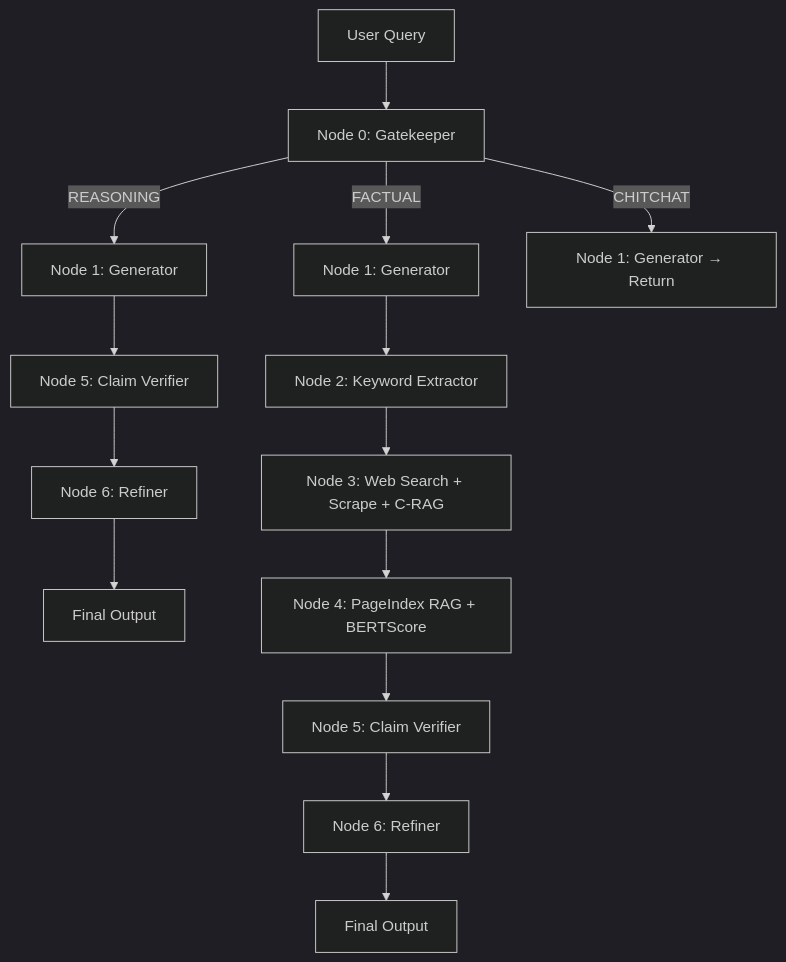
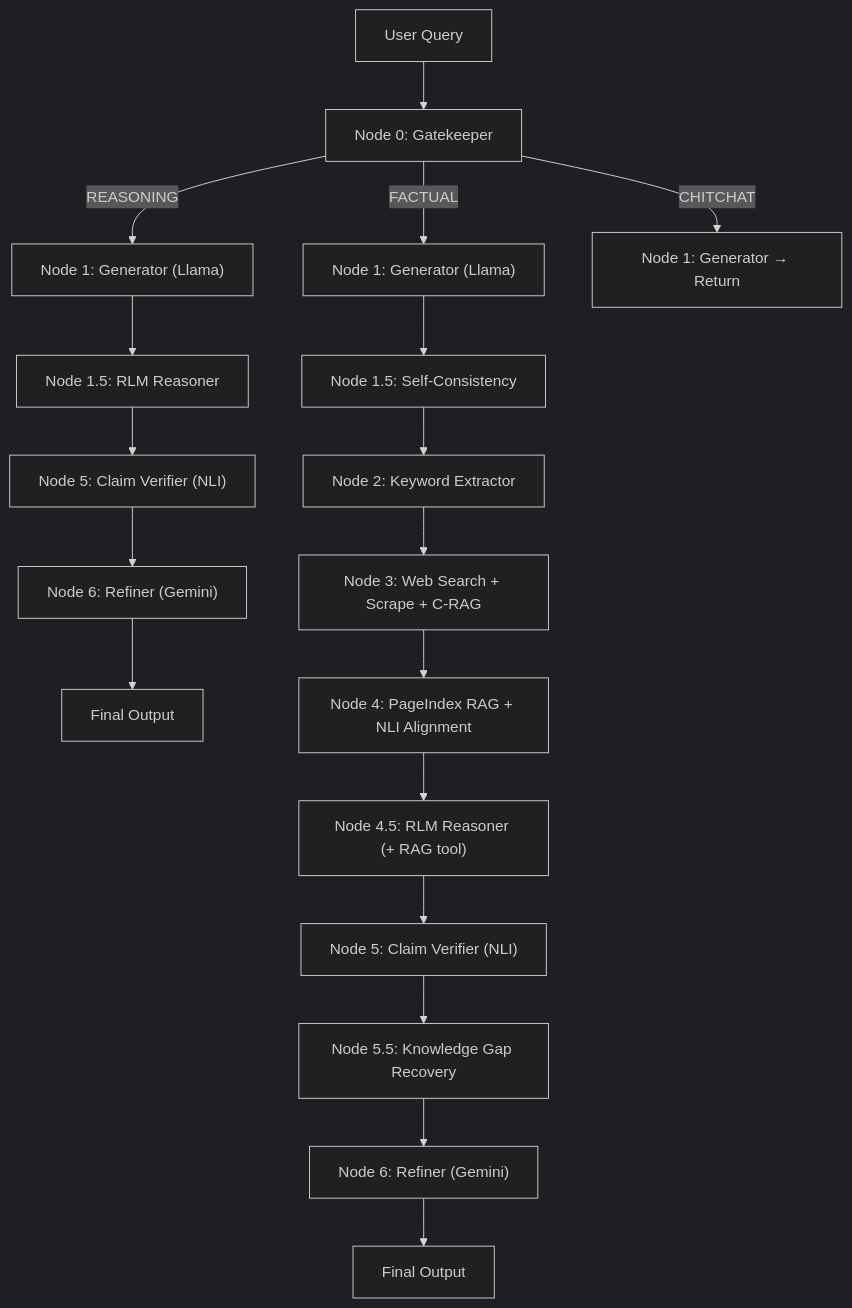
One commit to Suhas-123-cell/Hallu-Check changed the diagram in README.md. Above: the diagram before and after it, drawn with Mermaid (dark theme). The commit also changed other lines of this file, not shown here.

````diff
--- a/README.md
+++ b/README.md
@@ -24,18 +41,22 @@
 ```mermaid
 graph TD
     Q["User Query"] --> N0["Node 0: Gatekeeper"]
-    N0 -->|FACTUAL| N1F["Node 1: Generator"]
-    N0 -->|REASONING| N1R["Node 1: Generator"]
+    N0 -->|FACTUAL| N1F["Node 1: Generator (Llama)"]
+    N0 -->|REASONING| N1R["Node 1: Generator (Llama)"]
     N0 -->|CHITCHAT| N1C["Node 1: Generator → Return"]
 
-    N1R --> N5R["Node 5: Claim Verifier"]
-    N5R --> N6R["Node 6: Refiner"]
+    N1R --> RLM_R["Node 1.5: RLM Reasoner"]
+    RLM_R --> N5R["Node 5: Claim Verifier (NLI)"]
+    N5R --> N6R["Node 6: Refiner (Gemini)"]
     N6R --> OUT1["Final Output"]
 
-    N1F --> N2["Node 2: Keyword Extractor"]
+    N1F --> SC["Node 1.5: Self-Consistency"]
+    SC --> N2["Node 2: Keyword Extractor"]
     N2 --> N3["Node 3: Web Search + Scrape + C-RAG"]
-    N3 --> N4["Node 4: PageIndex RAG + BERTScore"]
-    N4 --> N5F["Node 5: Claim Verifier"]
-    N5F --> N6F["Node 6: Refiner"]
+    N3 --> N4["Node 4: PageIndex RAG + NLI Alignment"]
+    N4 --> RLM_F["Node 4.5: RLM Reasoner (+ RAG tool)"]
+    RLM_F --> N5F["Node 5: Claim Verifier (NLI)"]
+    N5F --> N55["Node 5.5: Knowledge Gap Recovery"]
+    N55 --> N6F["Node 6: Refiner (Gemini)"]
     N6F --> OUT2["Final Output"]
 ```
````
